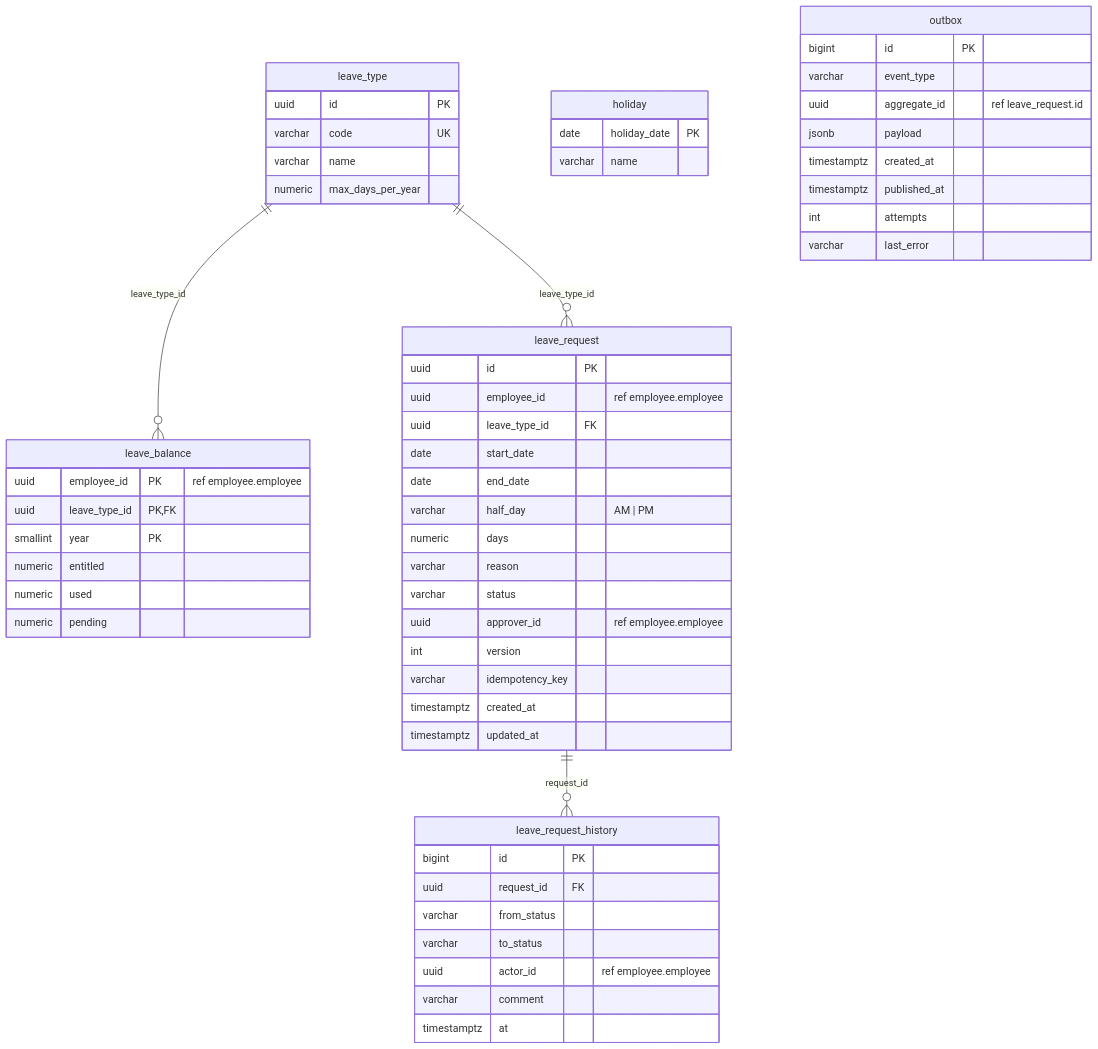
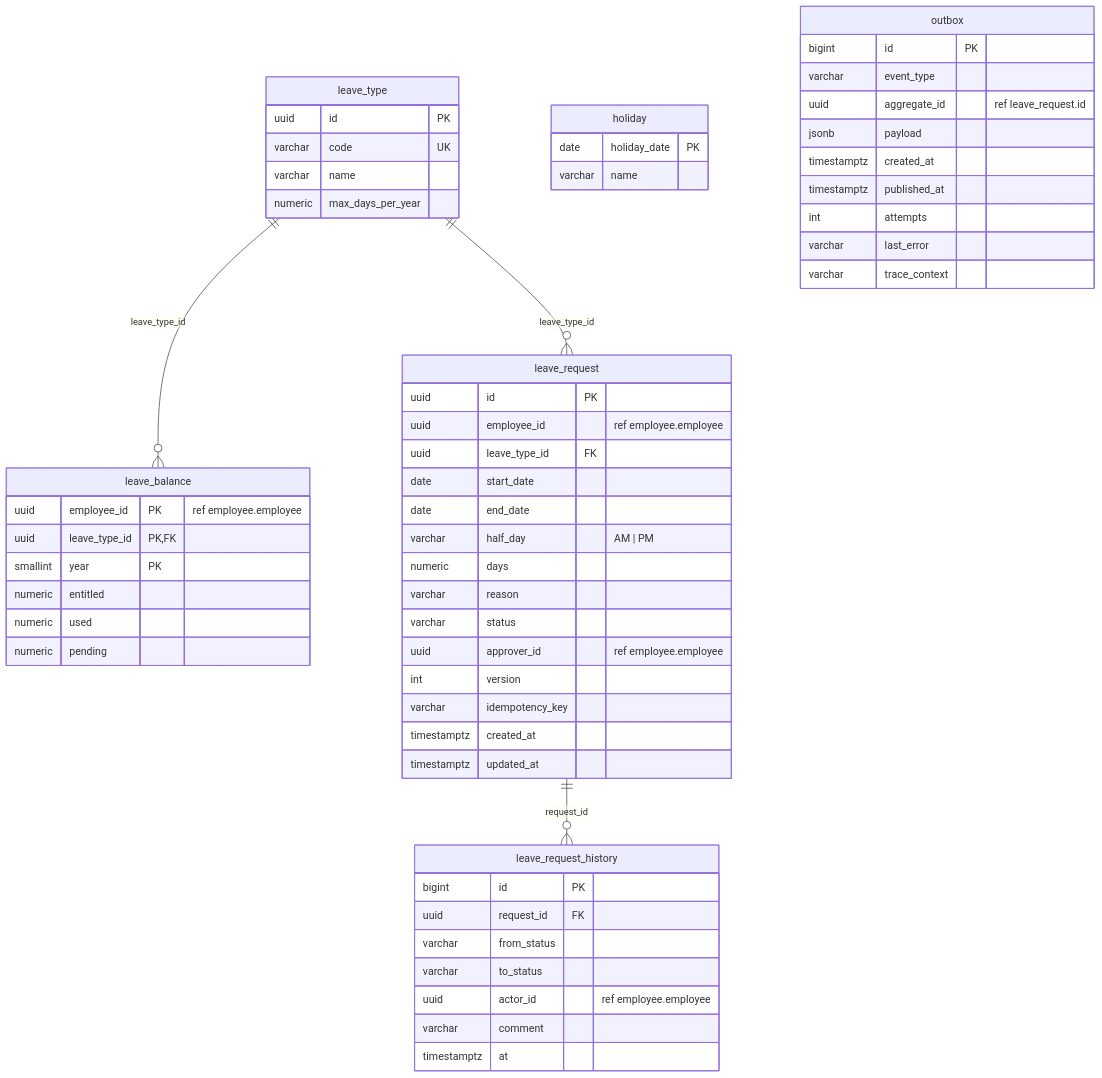
One commit to Acerchicken/HR-Enterprise-Platform changed the fifth of 7 diagrams in docs/architecture/database-schema.md. Above: the diagram before and after it, drawn with Mermaid. The commit also changed other lines of this file and 43 other files, not shown here.

````diff
--- a/docs/architecture/database-schema.md
+++ b/docs/architecture/database-schema.md
@@ -483,59 +483,60 @@
 ```mermaid
 erDiagram
   leave_type ||--o{ leave_balance : "leave_type_id"
   leave_type ||--o{ leave_request : "leave_type_id"
   leave_request ||--o{ leave_request_history : "request_id"
   leave_type {
     uuid id PK
     varchar code UK
     varchar name
     numeric max_days_per_year
   }
   leave_balance {
     uuid employee_id PK "ref employee.employee"
     uuid leave_type_id PK,FK
     smallint year PK
     numeric entitled
     numeric used
     numeric pending
   }
   leave_request {
     uuid id PK
     uuid employee_id "ref employee.employee"
     uuid leave_type_id FK
     date start_date
     date end_date
     varchar half_day "AM | PM"
     numeric days
     varchar reason
     varchar status
     uuid approver_id "ref employee.employee"
     int version
     varchar idempotency_key
     timestamptz created_at
     timestamptz updated_at
   }
   leave_request_history {
     bigint id PK
     uuid request_id FK
     varchar from_status
     varchar to_status
     uuid actor_id "ref employee.employee"
     varchar comment
     timestamptz at
   }
   holiday {
     date holiday_date PK
     varchar name
   }
   outbox {
     bigint id PK
     varchar event_type
     uuid aggregate_id "ref leave_request.id"
     jsonb payload
     timestamptz created_at
     timestamptz published_at
     int attempts
     varchar last_error
+    varchar trace_context
   }
 ```
````
